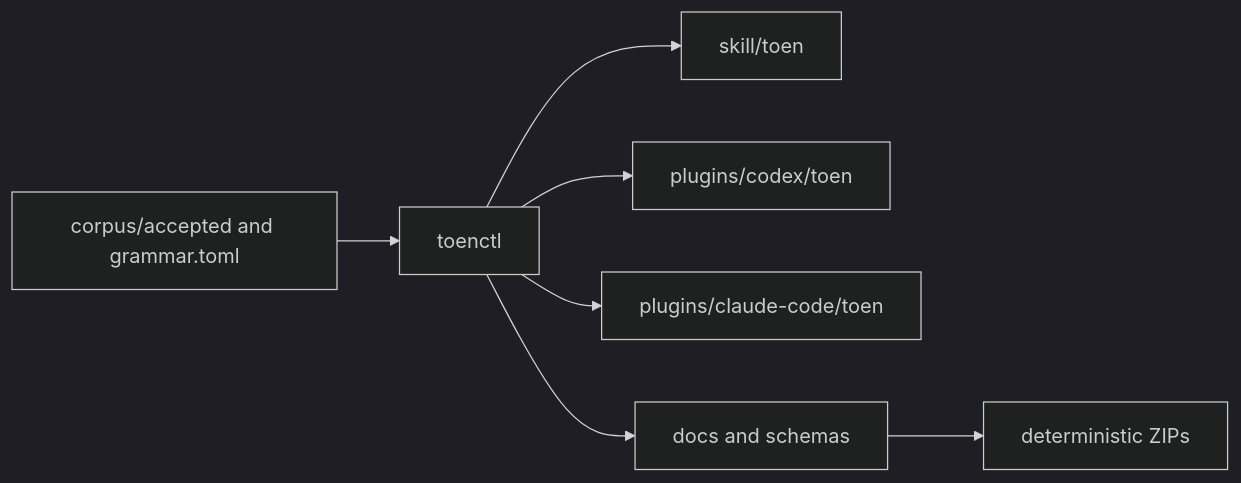
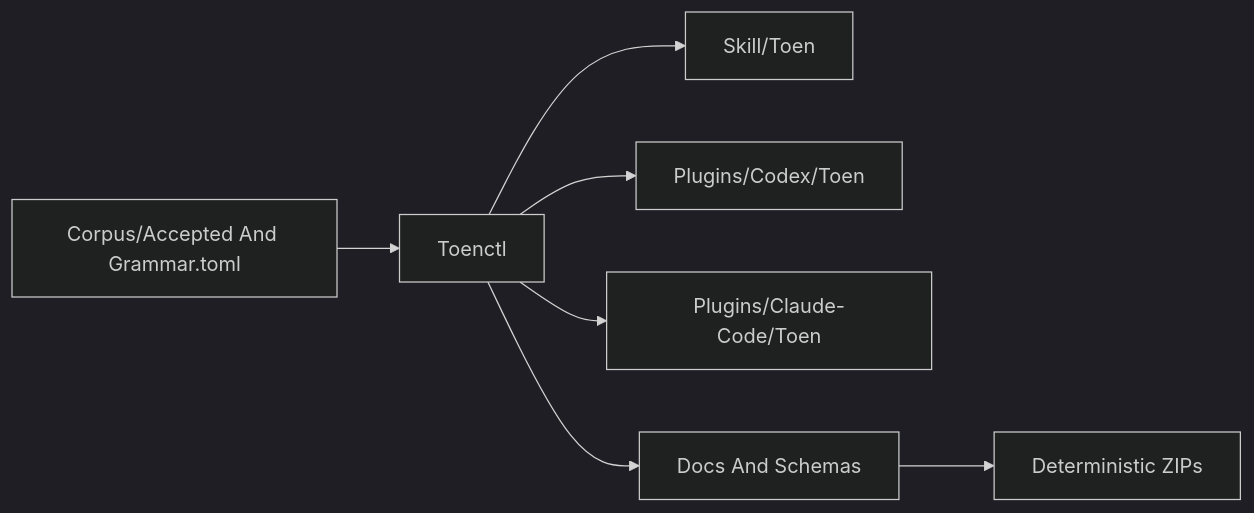
Before and after one commit to airscripts/toen: the diagram in docs/architecture.md, drawn with Mermaid (dark theme). The commit also changed 3 other files, not shown here.

Commit message:
docs: title case important diagram entries

````diff
--- a/docs/architecture.md
+++ b/docs/architecture.md
@@ -5,9 +5,9 @@
 ```mermaid
 flowchart LR
-    corpus[corpus/accepted and grammar.toml] --> toenctl[toenctl]
-    toenctl --> skill[skill/toen]
-    toenctl --> codex[plugins/codex/toen]
-    toenctl --> claude[plugins/claude-code/toen]
-    toenctl --> generated[docs and schemas]
-    generated --> package[deterministic ZIPs]
+    corpus[Corpus/Accepted And Grammar.toml] --> toenctl[Toenctl]
+    toenctl --> skill[Skill/Toen]
+    toenctl --> codex[Plugins/Codex/Toen]
+    toenctl --> claude[Plugins/Claude-Code/Toen]
+    toenctl --> generated[Docs And Schemas]
+    generated --> package[Deterministic ZIPs]
 ```
````
